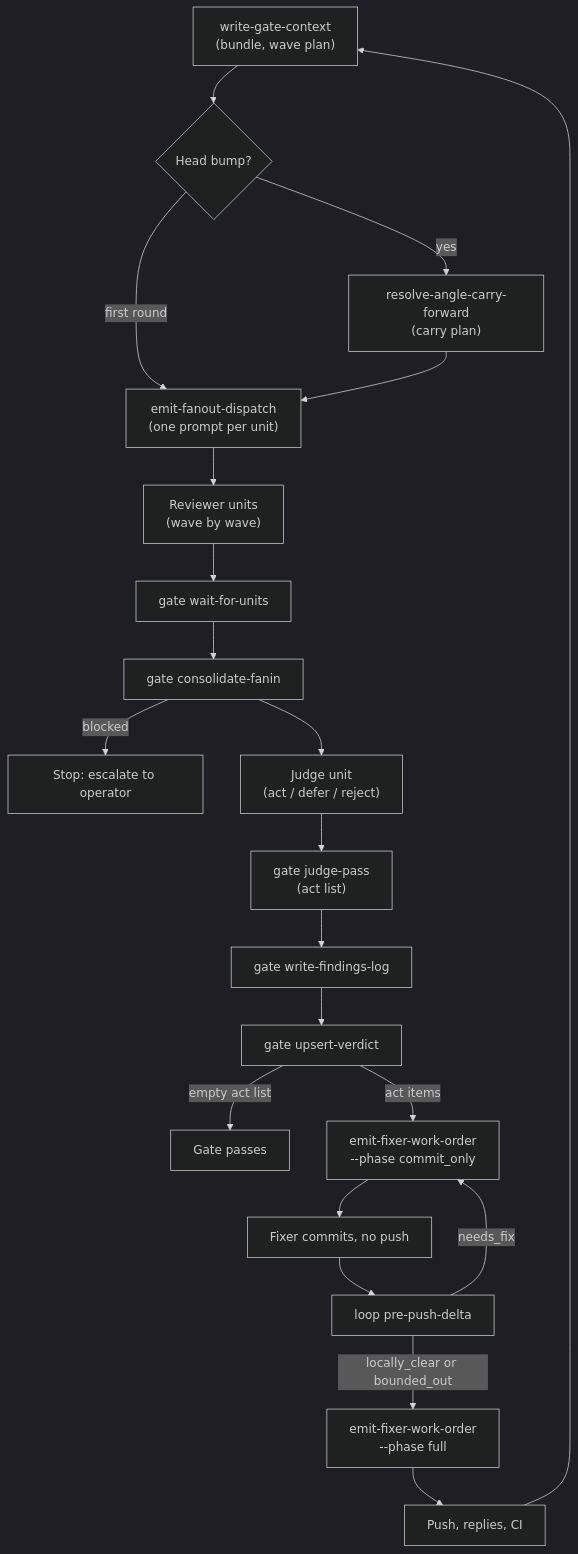
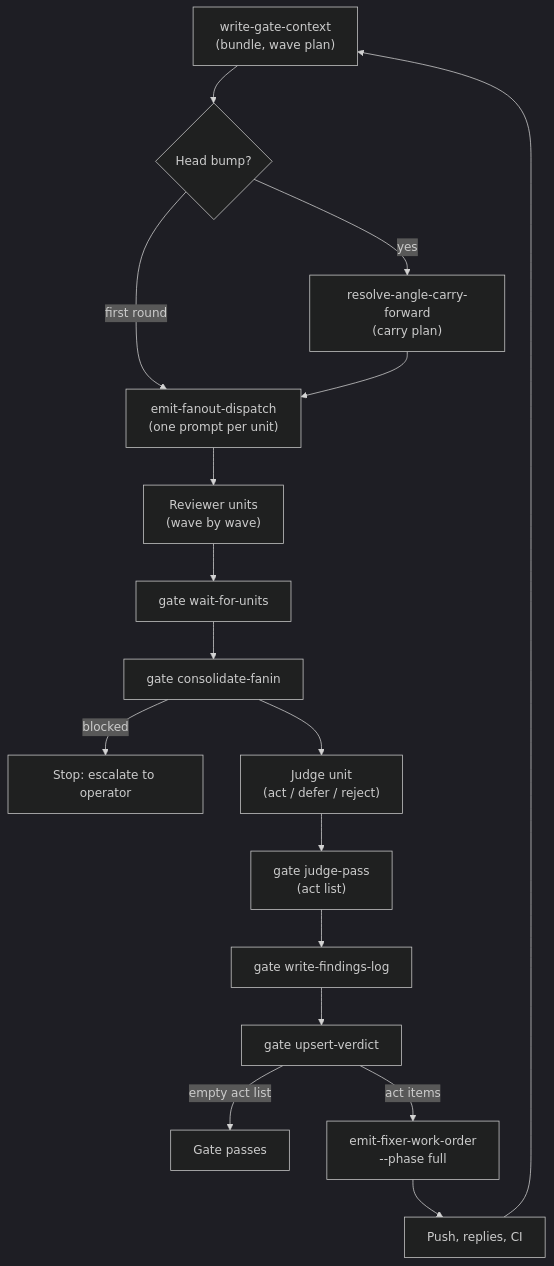
One commit to mfittko/dev-loops changed the first of 12 diagrams in docs/atlas/05-gate-subloop.md. Above: the diagram before and after it, drawn with Mermaid (dark theme). The commit also changed other lines of this file and 68 other files, not shown here.

First line of the commit message:
refactor(gate): a gate fix pass pushes in the full phase and the delta review is deleted (slice D1 of 2937) (#3640)

````diff
--- a/docs/atlas/05-gate-subloop.md
+++ b/docs/atlas/05-gate-subloop.md
@@ -21,23 +21,19 @@
 ```mermaid
 flowchart TD
   A["write-gate-context<br/>(bundle, wave plan)"] --> CF{"Head bump?"}
   CF -->|yes| CFP["resolve-angle-carry-forward<br/>(carry plan)"]
   CF -->|"first round"| B
   CFP --> B["emit-fanout-dispatch<br/>(one prompt per unit)"]
   B --> R["Reviewer units<br/>(wave by wave)"]
   R --> W["gate wait-for-units"]
   W --> C["gate consolidate-fanin"]
   C -->|"blocked"| X["Stop: escalate to operator"]
   C --> J["Judge unit<br/>(act / defer / reject)"]
   J --> JP["gate judge-pass<br/>(act list)"]
   JP --> L["gate write-findings-log"]
   L --> U["gate upsert-verdict"]
   U -->|"empty act list"| OK["Gate passes"]
-  U -->|"act items"| F1["emit-fixer-work-order<br/>--phase commit_only"]
-  F1 --> FX["Fixer commits, no push"]
-  FX --> D["loop pre-push-delta"]
-  D -->|"needs_fix"| F1
-  D -->|"locally_clear or bounded_out"| F2["emit-fixer-work-order<br/>--phase full"]
+  U -->|"act items"| F2["emit-fixer-work-order<br/>--phase full"]
   F2 --> P["Push, replies, CI"]
   P --> A
 ```
````
